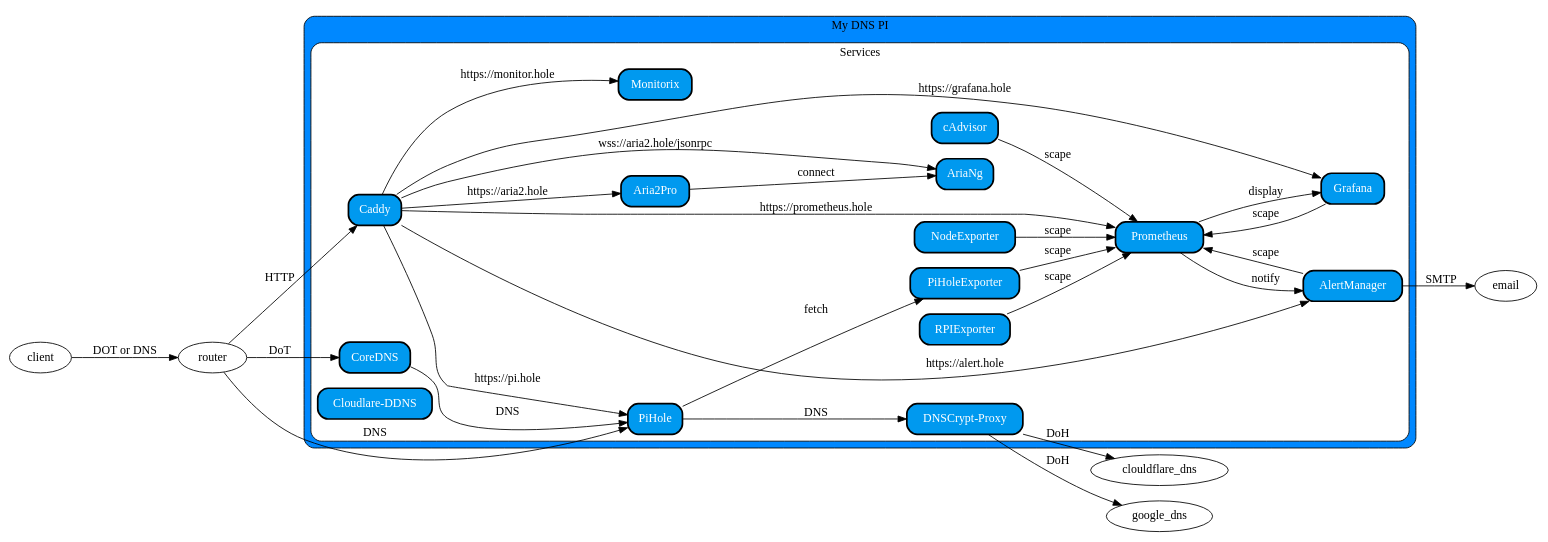
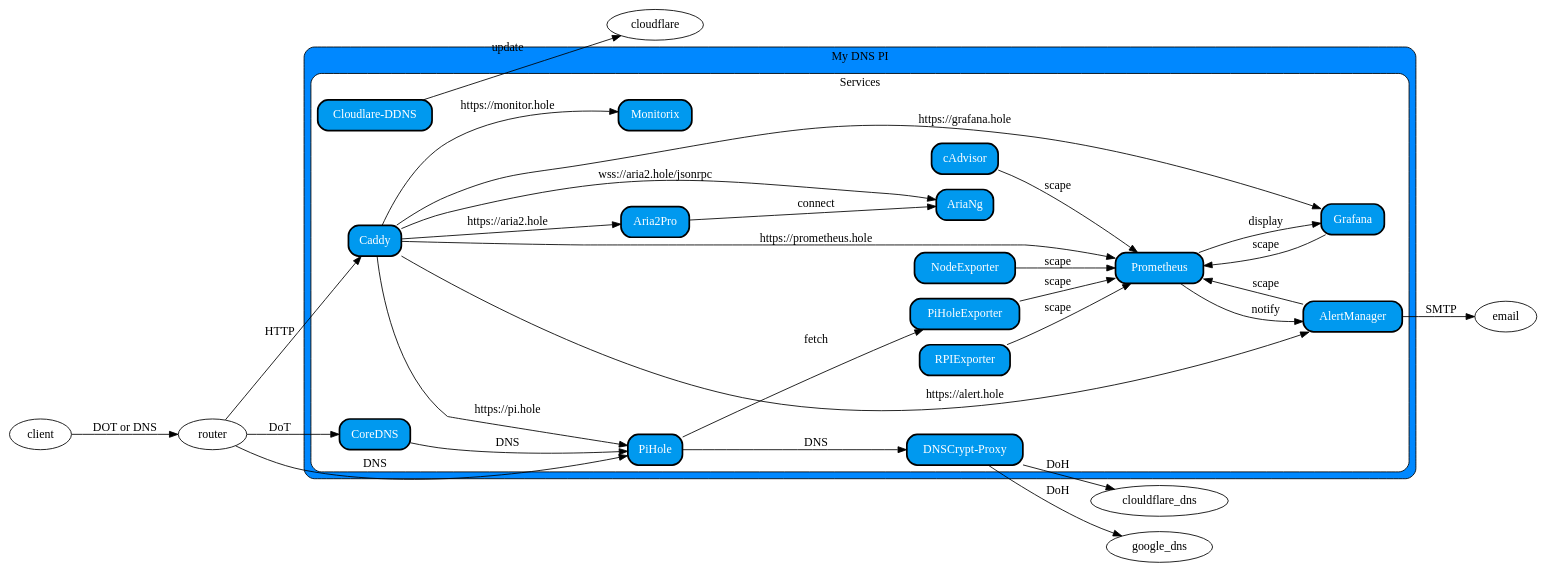
Before and after one commit to zeuxisoo/my-dns-pi: the diagram in workflow/graph.dot, drawn with Graphviz.

Commit message:
add missing cloudflare-ddns workflow

```diff
--- a/workflow/graph.dot
+++ b/workflow/graph.dot
@@ -1,79 +1,83 @@
 digraph G {
     rankdir=LR
 
     subgraph cluster_0 {
         style="rounded,filled"
         fillcolor="#0088FF"
 
         node [style="rounded,filled", shape=box, penwidth=2, fillcolor="#0099EF", fontcolor=white]
 
         label="My DNS PI"
         subgraph cluster_1 {
             fillcolor="#FFFFFF"
             label="Services"
 
             coredns [label="CoreDNS"]
             pihole  [label="PiHole"]
             dnscrypt_proxy [label="DNSCrypt-Proxy"]
 
             caddy [label="Caddy"]
             monitorix [label="Monitorix"]
             cloudflare_ddns [label="Cloudlare-DDNS"]
 
             aria2_pro [label="Aria2Pro"]
             aria2_ng [label="AriaNg"]
 
             prometheus [label="Prometheus"]
             cadvisor [label="cAdvisor"]
             node_exporter [label="NodeExporter"]
             pihole_exporter [label="PiHoleExporter"]
             rpi_exporter [label="RPIExporter"]
 
             alert_manager [label="AlertManager"]
             grafana [label="Grafana"]
         }
     }
 
     client -> router [label="DOT or DNS"]
 
     //  Router
     router -> coredns [label="DoT"]
     router -> pihole [label="DNS"]
     router -> caddy [label="HTTP"]
 
     coredns -> pihole [label="DNS"]
 
     //  Pihole
     pihole -> dnscrypt_proxy [label="DNS"]
     pihole -> pihole_exporter [label="fetch"]
 
     dnscrypt_proxy -> clouldflare_dns [label="DoH"]
     dnscrypt_proxy -> google_dns [label="DoH"]
 
     //  Caddy
     caddy -> pihole [label="https://pi.hole"]
     caddy -> monitorix [label="https://monitor.hole"]
     caddy -> prometheus [label="https://prometheus.hole"]
     caddy -> alert_manager [label="https://alert.hole"]
     caddy -> grafana [label="https://grafana.hole"]
     caddy -> aria2_pro [label="https://aria2.hole"]
     caddy -> aria2_ng [label="wss://aria2.hole/jsonrpc"]
 
     //  Prometheus
     cadvisor -> prometheus [label="scape"]
     node_exporter -> prometheus [label="scape"]
     pihole_exporter -> prometheus [label="scape"]
     rpi_exporter -> prometheus [label="scape"]
     alert_manager -> prometheus [label="scape"]
     grafana -> prometheus [label="scape"]
 
     //  Alert Manager
     alert_manager -> email [label="SMTP"]
 
     prometheus -> alert_manager [label="notify"]
 
     // Grafana
     prometheus -> grafana [label="display"]
 
+    // Aria2
     aria2_pro -> aria2_ng [label="connect"]
+
+    // Cloudflare DDNS
+    cloudflare_ddns -> cloudflare [label="update"]
 }
```
